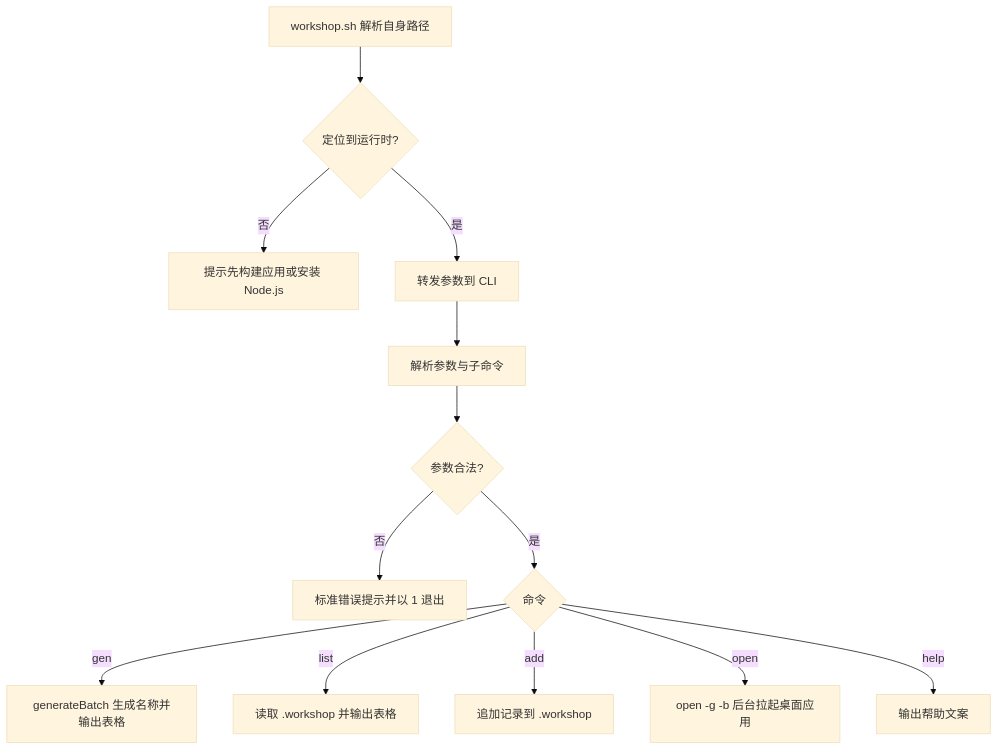
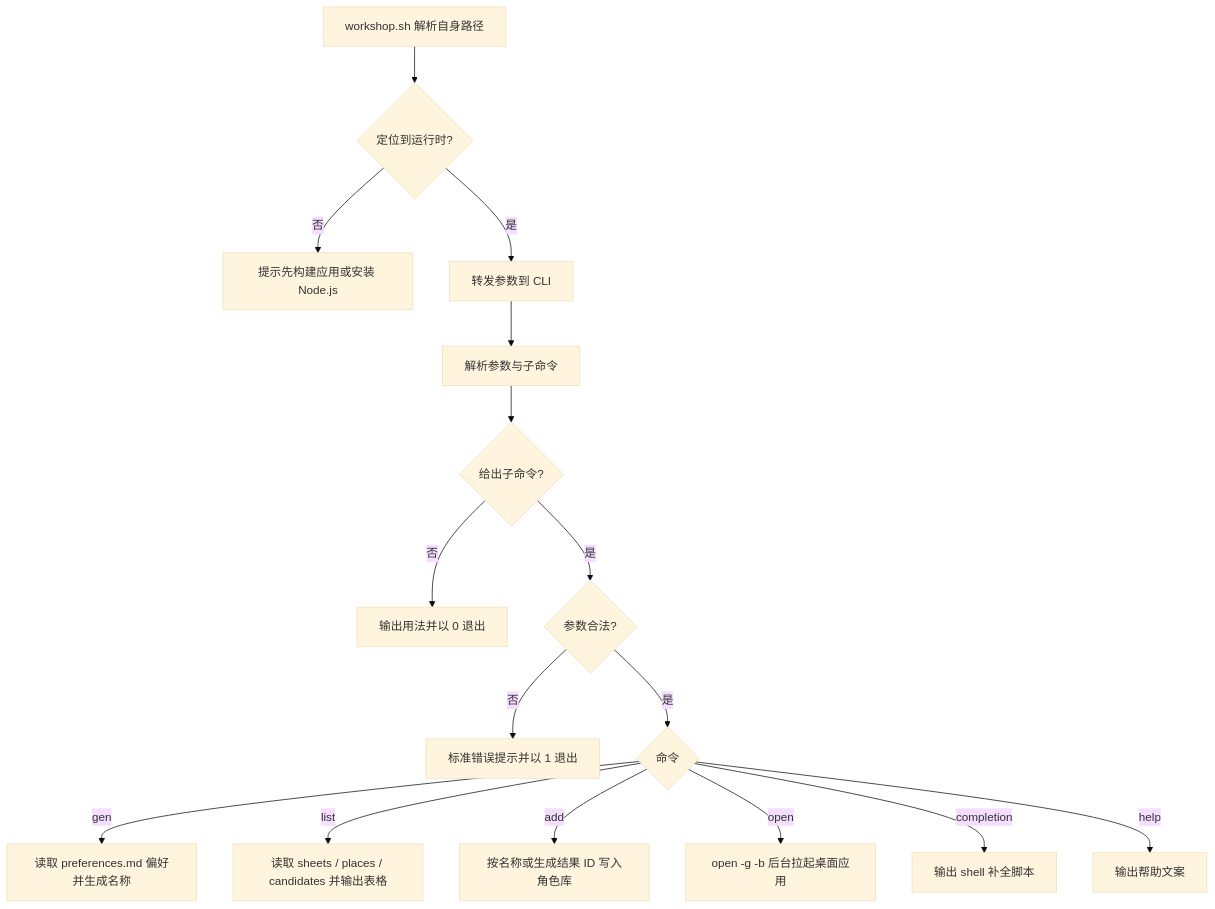
The diagram in docs/prd/10-cli.md (the-writer/creative-workshop), drawn with Mermaid (base theme) before and after one commit. The commit also changed other lines of this file and 28 other files, not shown here.

Commit message:
feat: add CLI completion, list targets and generated name ids

````diff
--- a/docs/prd/10-cli.md
+++ b/docs/prd/10-cli.md
@@ -116,15 +142,18 @@
 ```mermaid
 flowchart TD
   A[workshop.sh 解析自身路径] --> B{定位到运行时?}
   B -- 否 --> C[提示先构建应用或安装 Node.js]
   B -- 是 --> D[转发参数到 CLI]
   D --> E[解析参数与子命令]
-  E --> F{参数合法?}
-  F -- 否 --> G[标准错误提示并以 1 退出]
-  F -- 是 --> H{命令}
-  H -- gen --> I[generateBatch 生成名称并输出表格]
-  H -- list --> J[读取 .workshop 并输出表格]
-  H -- add --> K[追加记录到 .workshop]
-  H -- open --> L[open -g -b 后台拉起桌面应用]
-  H -- help --> M[输出帮助文案]
+  E --> F{给出子命令?}
+  F -- 否 --> G[输出用法并以 0 退出]
+  F -- 是 --> H{参数合法?}
+  H -- 否 --> I[标准错误提示并以 1 退出]
+  H -- 是 --> J{命令}
+  J -- gen --> K[读取 preferences.md 偏好并生成名称]
+  J -- list --> L[读取 sheets / places / candidates 并输出表格]
+  J -- add --> M[按名称或生成结果 ID 写入角色库]
+  J -- open --> N[open -g -b 后台拉起桌面应用]
+  J -- completion --> O[输出 shell 补全脚本]
+  J -- help --> P[输出帮助文案]
 ```
````
